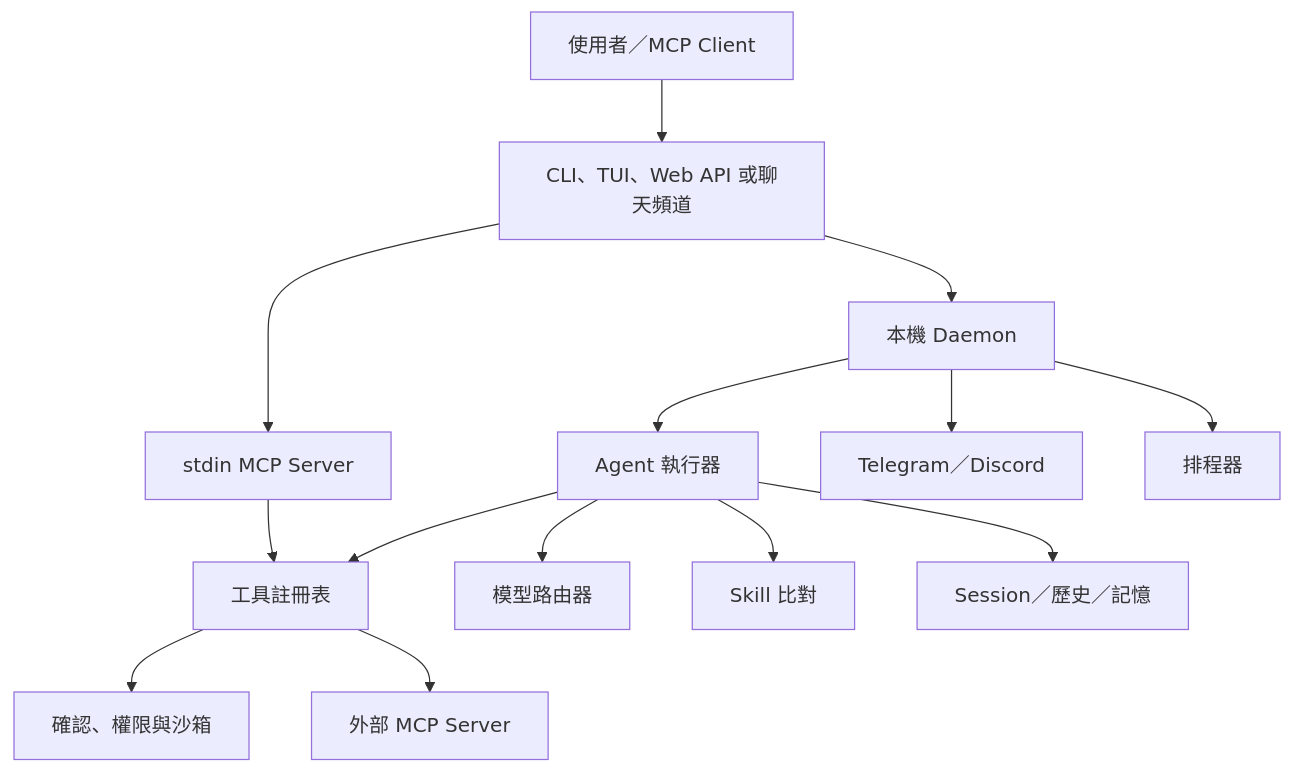
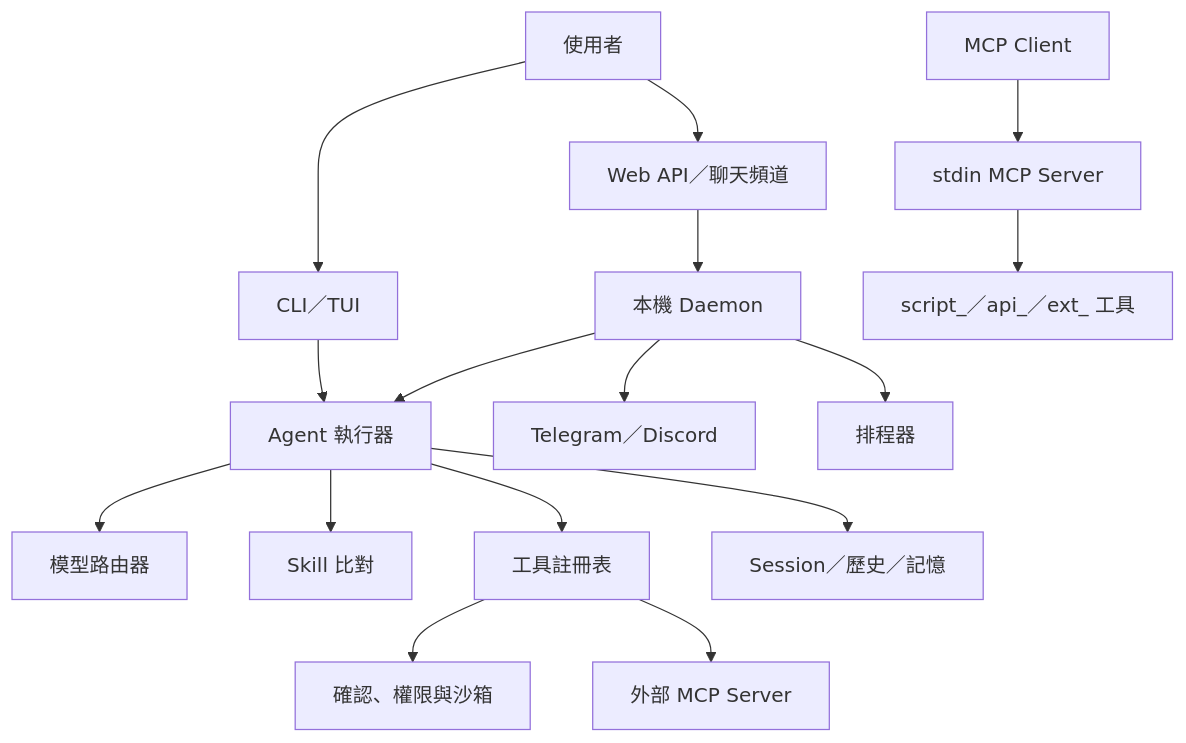
Before and after one commit to agenvoy/Agenvoy: the first of 9 diagrams in doc/architecture.zh.md, drawn with Mermaid. The commit also changed other lines of this file and 3 other files, not shown here.

Commit message:
doc: Update architecture and runtime documentation

````diff
--- a/doc/architecture.zh.md
+++ b/doc/architecture.zh.md
@@ -9,16 +9,18 @@
 ```mermaid
 graph TB
-    User[使用者／MCP Client] --> Entry[CLI、TUI、Web API 或聊天頻道]
-    Entry --> Daemon[本機 Daemon]
-    Entry --> MCPServer[stdin MCP Server]
-    Daemon --> Exec[Agent 執行器]
-    MCPServer --> Tools[工具註冊表]
+    User[使用者] --> TUI[CLI／TUI]
+    User --> Web[Web API／聊天頻道]
+    Client[MCP Client] --> MCPServer[stdin MCP Server]
+    TUI --> Exec[Agent 執行器]
+    Web --> Daemon[本機 Daemon]
+    Daemon --> Exec
+    MCPServer --> ToolBox[script_／api_／ext_ 工具]
     Exec --> Router[模型路由器]
     Exec --> Skills[Skill 比對]
-    Exec --> Tools
+    Exec --> Tools[工具註冊表]
     Exec --> Sessions[Session／歷史／記憶]
     Tools --> Guard[確認、權限與沙箱]
     Daemon --> Channels[Telegram／Discord]
     Daemon --> Scheduler[排程器]
     Tools --> MCPClient[外部 MCP Server]
 ```
````
